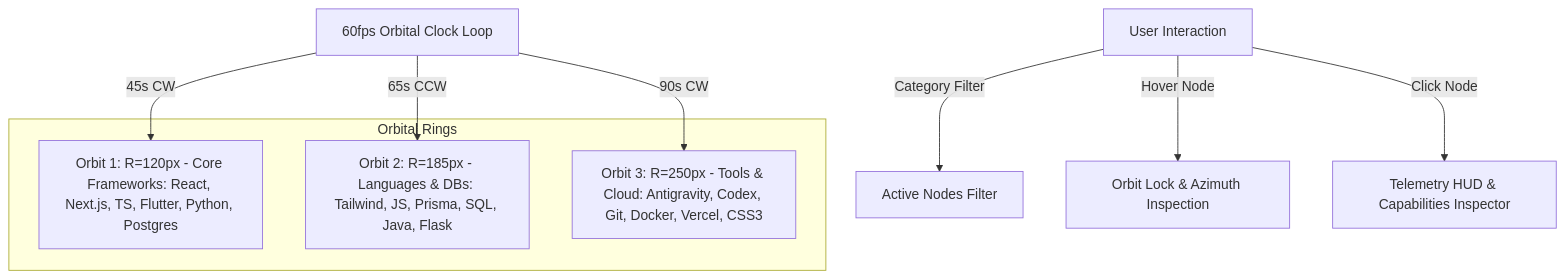
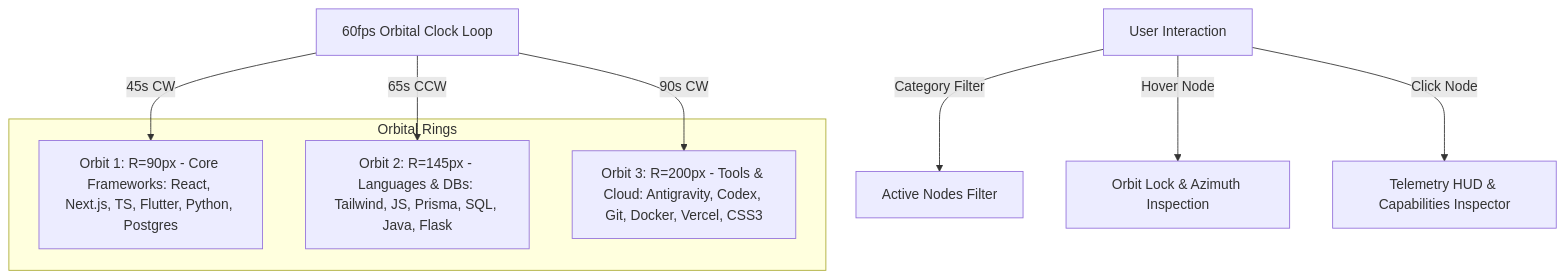
Before and after one commit to Agam348/matrix: the second of 3 diagrams in README.md, drawn with Mermaid. The commit also changed other lines of this file and 11 other files, not shown here.

````diff
--- a/README.md
+++ b/README.md
@@ -250,14 +253,14 @@
 ```mermaid
 graph TD
     subgraph Orbital Rings
-        O1[Orbit 1: R=120px - Core Frameworks: React, Next.js, TS, Flutter, Python, Postgres]
-        O2[Orbit 2: R=185px - Languages & DBs: Tailwind, JS, Prisma, SQL, Java, Flask]
-        O3[Orbit 3: R=250px - Tools & Cloud: Antigravity, Codex, Git, Docker, Vercel, CSS3]
+        O1[Orbit 1: R=90px - Core Frameworks: React, Next.js, TS, Flutter, Python, Postgres]
+        O2[Orbit 2: R=145px - Languages & DBs: Tailwind, JS, Prisma, SQL, Java, Flask]
+        O3[Orbit 3: R=200px - Tools & Cloud: Antigravity, Codex, Git, Docker, Vercel, CSS3]
     end
     Clock[60fps Orbital Clock Loop] -->|45s CW| O1
     Clock -->|65s CCW| O2
     Clock -->|90s CW| O3
     User[User Interaction] -->|Category Filter| Rings[Active Nodes Filter]
     User -->|Hover Node| Lock[Orbit Lock & Azimuth Inspection]
     User -->|Click Node| HUD[Telemetry HUD & Capabilities Inspector]
 ```
````
